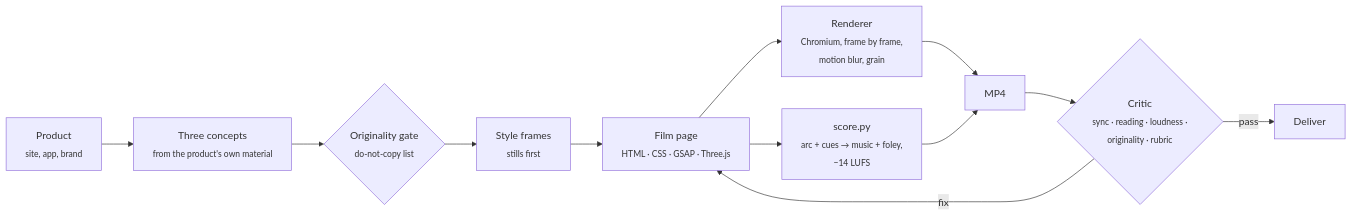
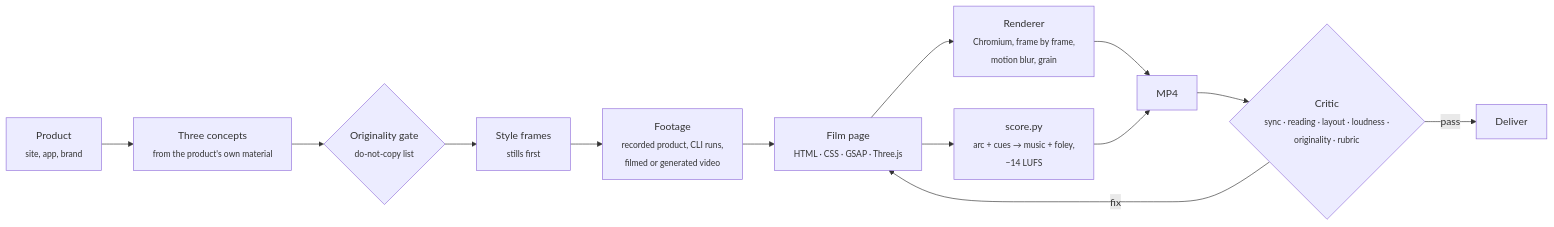
One commit to mowfxy/slate changed the diagram in README.md. Above: the diagram before and after it, drawn with Mermaid. The commit also changed other lines of this file and 66 other files, not shown here.

First line of the commit message:
Slate v3: real footage, layout checks, and a film about Slate

````diff
--- a/README.md
+++ b/README.md
@@ -34,14 +36,15 @@
 ```mermaid
 flowchart LR
     A[Product<br><sub>site, app, brand</sub>] --> B[Three concepts<br><sub>from the product's own material</sub>]
     B --> G{Originality gate<br><sub>do-not-copy list</sub>}
     G --> C[Style frames<br><sub>stills first</sub>]
-    C --> D[Film page<br><sub>HTML · CSS · GSAP · Three.js</sub>]
+    C --> R[Footage<br><sub>recorded product, CLI runs,<br>filmed or generated video</sub>]
+    R --> D[Film page<br><sub>HTML · CSS · GSAP · Three.js</sub>]
     D --> E[Renderer<br><sub>Chromium, frame by frame,<br>motion blur, grain</sub>]
     D --> F[score.py<br><sub>arc + cues → music + foley,<br>−14 LUFS</sub>]
     E --> H[MP4]
     F --> H
-    H --> I{Critic<br><sub>sync · reading · loudness ·<br>originality · rubric</sub>}
+    H --> I{Critic<br><sub>sync · reading · layout · loudness ·<br>originality · rubric</sub>}
     I -- fix --> D
     I -- pass --> J[Deliver]
 ```
````
